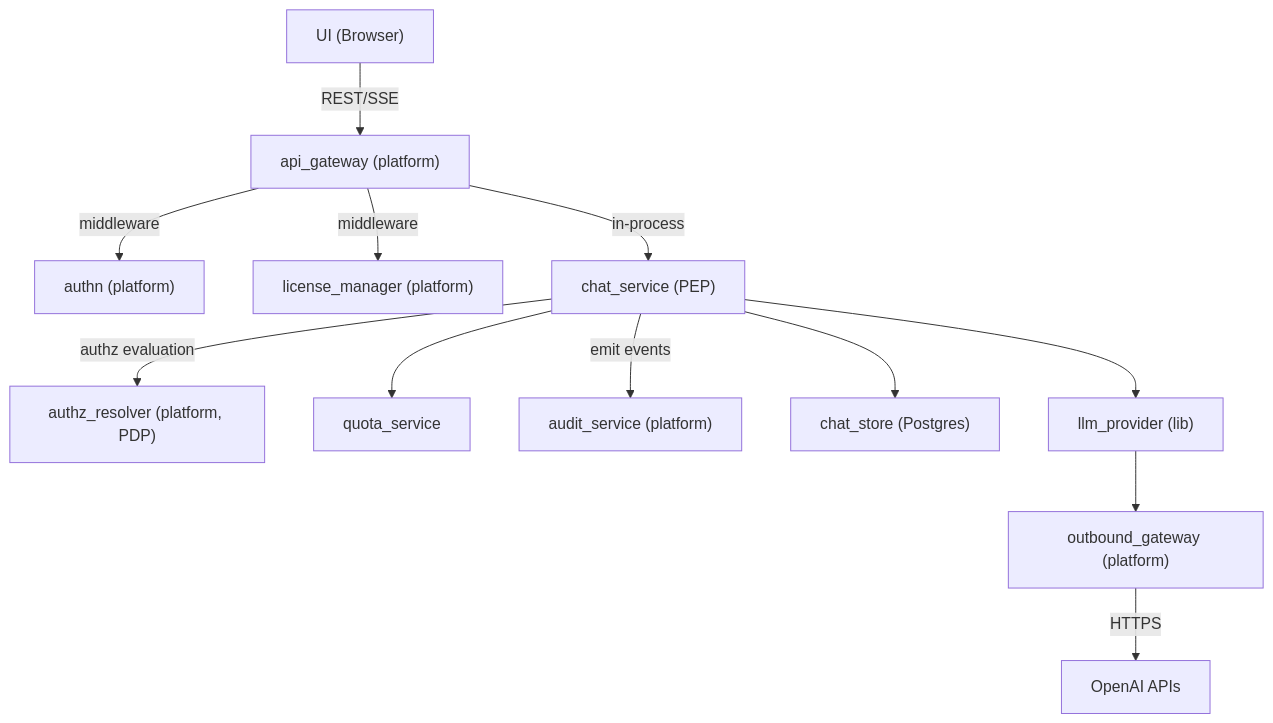
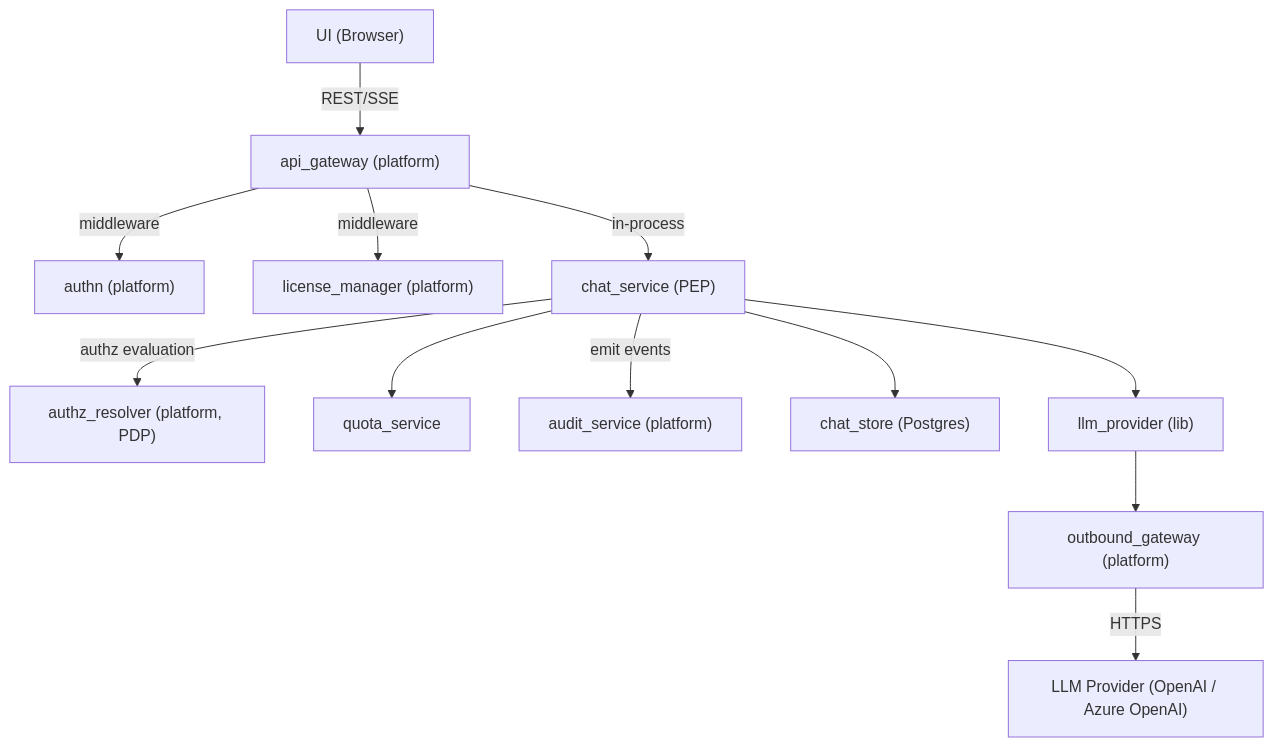
The first of 5 diagrams in modules/mini-chat/docs/DESIGN.md (MikeFalcon77/hyperspot), drawn with Mermaid before and after one commit. The commit also changed other lines of this file, not shown here.

Commit message:
Azure API adoption

````diff
--- a/modules/mini-chat/docs/DESIGN.md
+++ b/modules/mini-chat/docs/DESIGN.md
@@ -159,27 +166,27 @@
 ```mermaid
 graph TB
     UI["UI (Browser)"]
     AG["api_gateway (platform)"]
     AuthN["authn (platform)"]
     LM["license_manager (platform)"]
     AuthZ["authz_resolver (platform, PDP)"]
     CS["chat_service (PEP)"]
     QS["quota_service"]
     AS["audit_service (platform)"]
     DB["chat_store (Postgres)"]
     LP["llm_provider (lib)"]
     OAGW["outbound_gateway (platform)"]
-    OAI["OpenAI APIs"]
+    OAI["LLM Provider (OpenAI / Azure OpenAI)"]
 
     UI -->|REST/SSE| AG
     AG -->|middleware| AuthN
     AG -->|middleware| LM
     AG -->|in-process| CS
     CS -->|authz evaluation| AuthZ
     CS --> QS
     CS -->|emit events| AS
     CS --> DB
     CS --> LP
     LP --> OAGW
     OAGW -->|HTTPS| OAI
 ```
````
